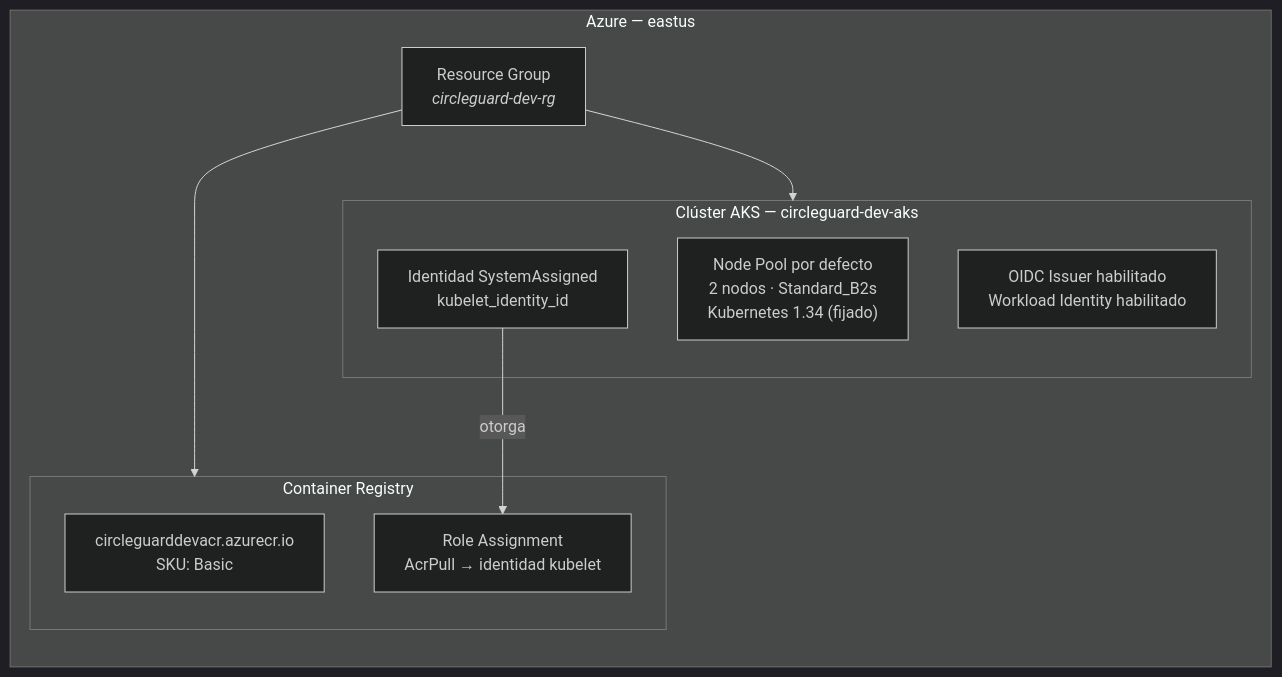
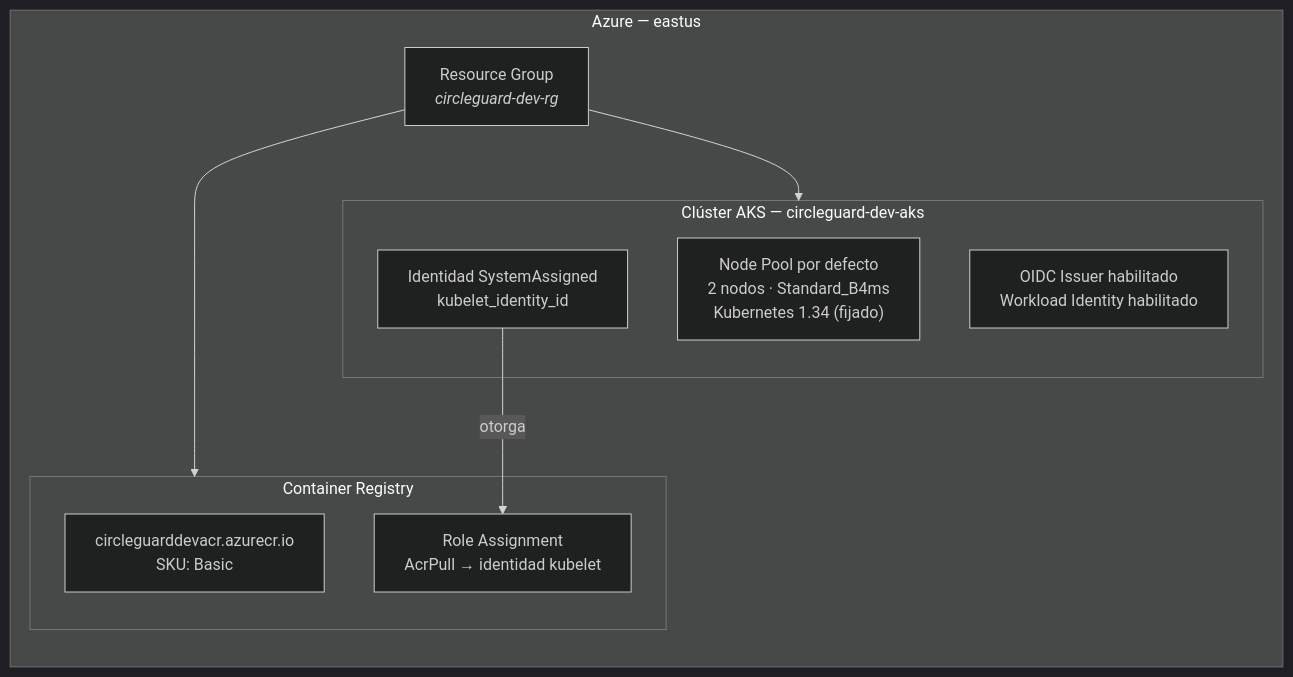
The second of 4 diagrams in docs/diagrams/terraform-infrastructure.md (Electromayonaise/Circle-Guard-IngSoV), drawn with Mermaid (dark theme) before and after one commit. The commit also changed 1 other file, not shown here.

Commit message:
fix(infra): upgrade AKS node pool to Standard_B4ms to prevent OOM crashes
Standard_B2s (4GB RAM) was insufficient for running the full stack:
4 infra services + 8 app services + system pods per namespace caused
repeated kubelet OOM kills and node NotReady failures. Standard_B4ms
provides 4 vCPU and 16GB RAM, giving enough headroom for all workloads.

````diff
--- a/docs/diagrams/terraform-infrastructure.md
+++ b/docs/diagrams/terraform-infrastructure.md
@@ -45,21 +45,21 @@
 ```mermaid
 graph LR
     subgraph AZ["Azure — eastus"]
         RG["Resource Group<br/><i>circleguard-dev-rg</i>"]
 
         subgraph AKS_BOX["Clúster AKS — circleguard-dev-aks"]
-            NP["Node Pool por defecto<br/>2 nodos · Standard_B2s<br/>Kubernetes 1.34 (fijado)"]
+            NP["Node Pool por defecto<br/>2 nodos · Standard_B4ms<br/>Kubernetes 1.34 (fijado)"]
             OID["OIDC Issuer habilitado<br/>Workload Identity habilitado"]
             ID["Identidad SystemAssigned<br/>kubelet_identity_id"]
         end
 
         subgraph ACR_BOX["Container Registry"]
             ACR_NAME["circleguarddevacr.azurecr.io<br/>SKU: Basic"]
             ROLE["Role Assignment<br/>AcrPull → identidad kubelet"]
         end
 
         RG --> AKS_BOX
         RG --> ACR_BOX
         ID -->|"otorga"| ROLE
     end
 ```
````
